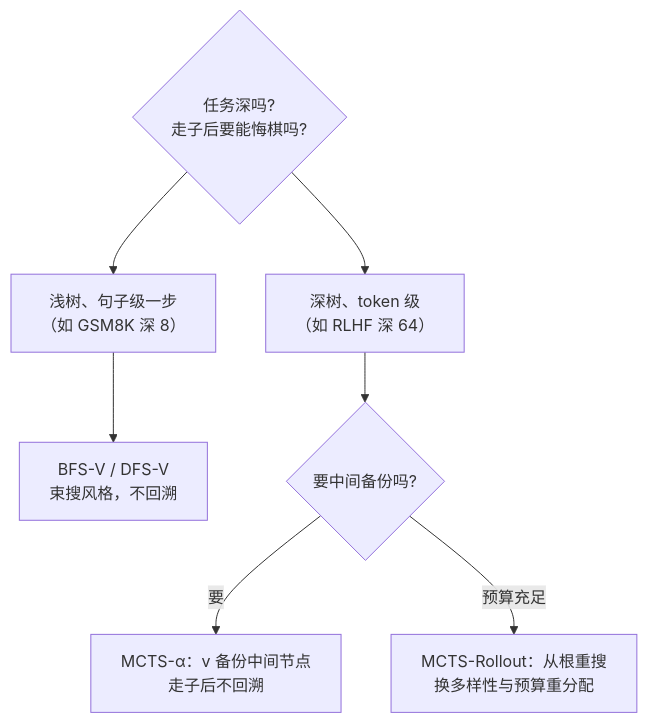
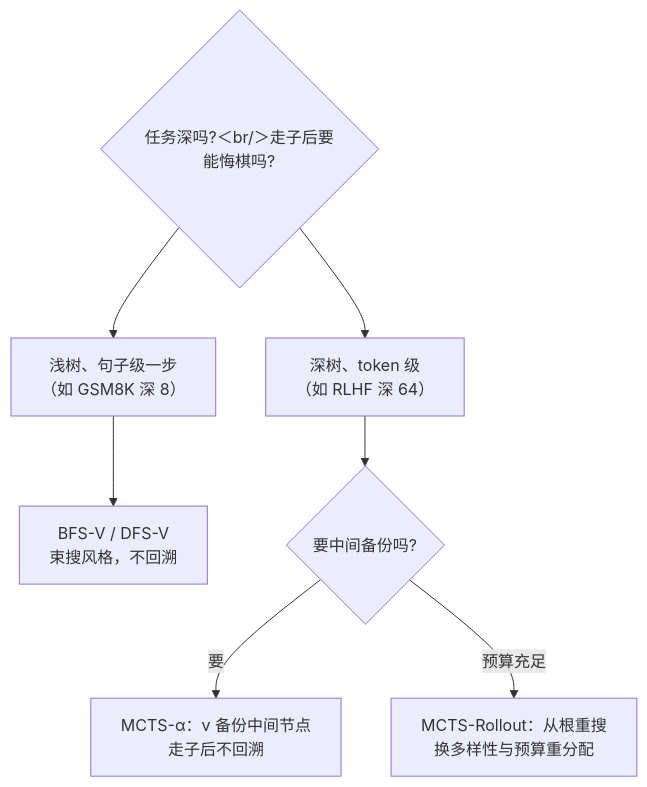
The second of 2 diagrams in docs/llm/alphazero-lm.md (xhongduo-tech/xhongduo-tech.github.io), drawn with Mermaid before and after one commit. The commit also changed 291 other files, not shown here.

Commit message:
Normalize lesson titles to tree names and repair mermaid arrow/quote syntax site-wide.

````diff
--- a/docs/llm/alphazero-lm.md
+++ b/docs/llm/alphazero-lm.md
@@ -54,9 +54,9 @@
 ```mermaid
 flowchart TD
-  Q{"任务深吗?<br/>走子后要能悔棋吗?"} --> SHALLOW["浅树、句子级一步<br/>（如 GSM8K 深 8）"]
+  Q{"任务深吗?＜br/＞走子后要能悔棋吗?"} --> SHALLOW["浅树、句子级一步<br/>（如 GSM8K 深 8）"]
   Q --> DEEP["深树、token 级<br/>（如 RLHF 深 64）"]
   SHALLOW --> BFS["BFS-V / DFS-V<br/>束搜风格，不回溯"]
   DEEP --> MC{"要中间备份吗?"}
   MC -->|"要"| MCA["MCTS-α：v 备份中间节点<br/>走子后不回溯"]
   MC -->|"预算充足"| MCR["MCTS-Rollout：从根重搜<br/>换多样性与预算重分配"]
 ```
````
